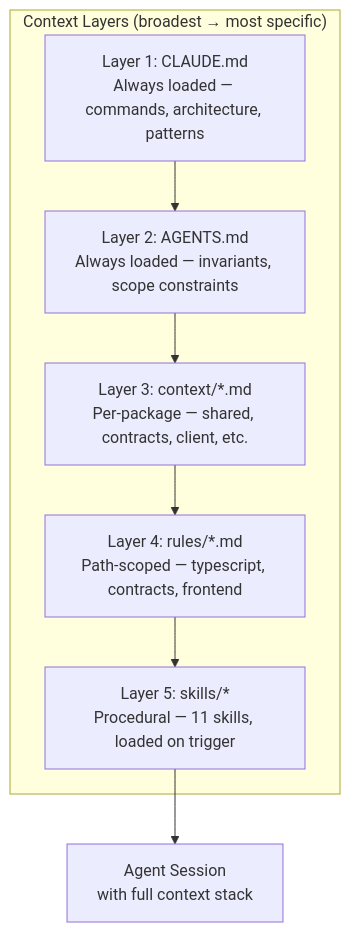
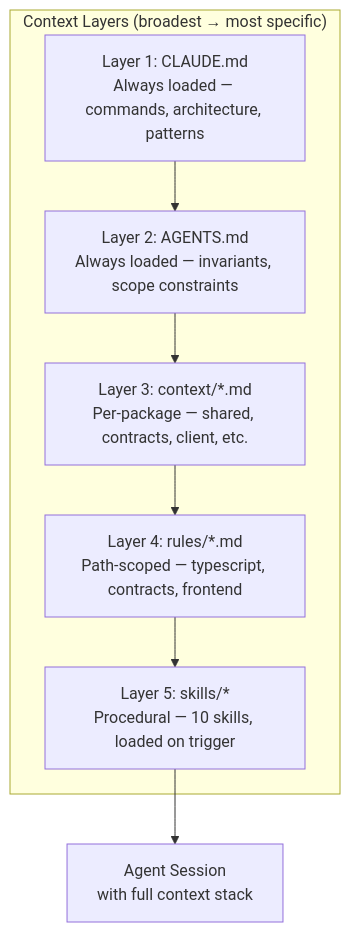
Before and after one commit to greenpill-dev-guild/green-goods: the diagram in docs/docs/builders/agentic/context-engineering.mdx, drawn with Mermaid. The commit also changed other lines of this file and 6 other files, not shown here.

````diff
--- a/docs/docs/builders/agentic/context-engineering.mdx
+++ b/docs/docs/builders/agentic/context-engineering.mdx
@@ -23,14 +23,14 @@
 ```mermaid
 graph TB
     subgraph Layers["Context Layers (broadest → most specific)"]
         L1["Layer 1: CLAUDE.md\nAlways loaded — commands, architecture, patterns"]
         L2["Layer 2: AGENTS.md\nAlways loaded — invariants, scope constraints"]
         L3["Layer 3: context/*.md\nPer-package — shared, contracts, client, etc."]
         L4["Layer 4: rules/*.md\nPath-scoped — typescript, contracts, frontend"]
-        L5["Layer 5: skills/*\nProcedural — 11 skills, loaded on trigger"]
+        L5["Layer 5: skills/*\nProcedural — 10 skills, loaded on trigger"]
     end
 
     L1 --> L2 --> L3 --> L4 --> L5
 
     L5 --> Agent["Agent Session\nwith full context stack"]
 ```
````
